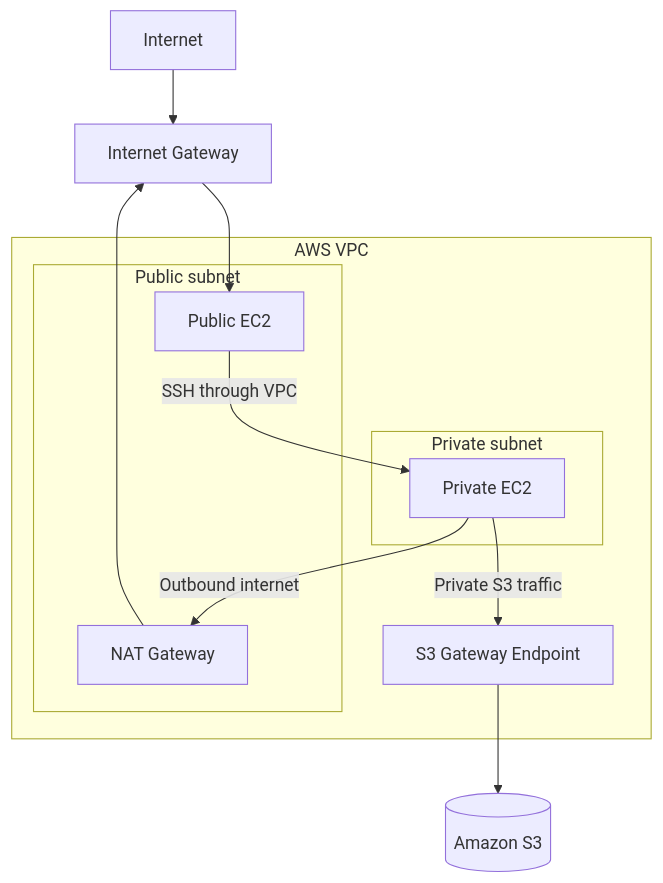
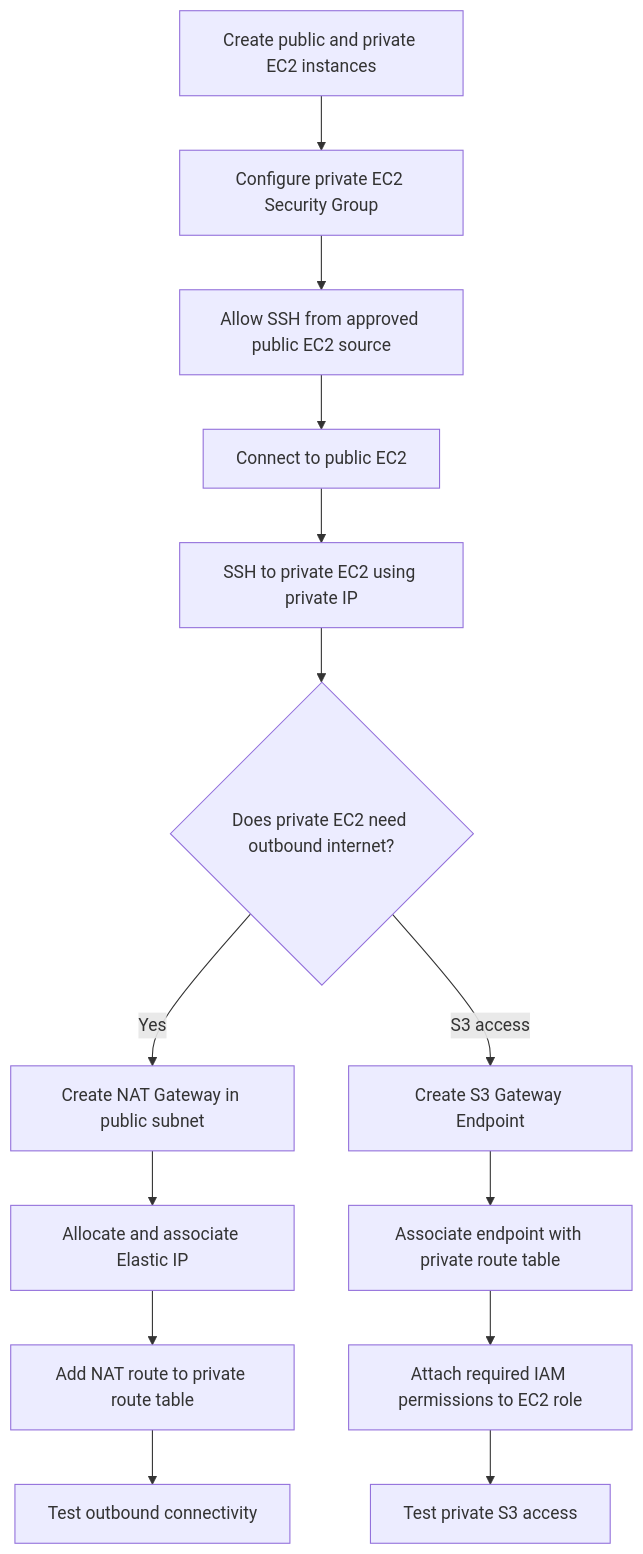
The second of 12 diagrams in README.md (Viggy06/aws_devops_learning_documentation), drawn with Mermaid before and after one commit. The commit also changed other lines of this file, not shown here.

````diff
--- a/README.md
+++ b/README.md
@@ -181,18 +230,16 @@
 ```mermaid
 flowchart TD
-    Internet[Internet] --> IGW[Internet Gateway]
-    subgraph VPC[AWS VPC]
-      subgraph Public[Public subnet]
-        Bastion[Public EC2]
-        NAT[NAT Gateway]
-      end
-      subgraph Private[Private subnet]
-        App[Private EC2]
-      end
-      Endpoint[S3 Gateway Endpoint]
-    end
-    IGW --> Bastion
-    App -->|Outbound internet| NAT --> IGW
-    App -->|Private S3 traffic| Endpoint --> S3[(Amazon S3)]
-    Bastion -->|SSH through VPC| App
+    A[Create public and private EC2 instances] --> B[Configure private EC2 Security Group]
+    B --> C[Allow SSH from approved public EC2 source]
+    C --> D[Connect to public EC2]
+    D --> E[SSH to private EC2 using private IP]
+    E --> F{Does private EC2 need outbound internet?}
+    F -- Yes --> G[Create NAT Gateway in public subnet]
+    G --> H[Allocate and associate Elastic IP]
+    H --> I[Add NAT route to private route table]
+    I --> J[Test outbound connectivity]
+    F -- S3 access --> K[Create S3 Gateway Endpoint]
+    K --> L[Associate endpoint with private route table]
+    L --> M[Attach required IAM permissions to EC2 role]
+    M --> N[Test private S3 access]
 ```
````
